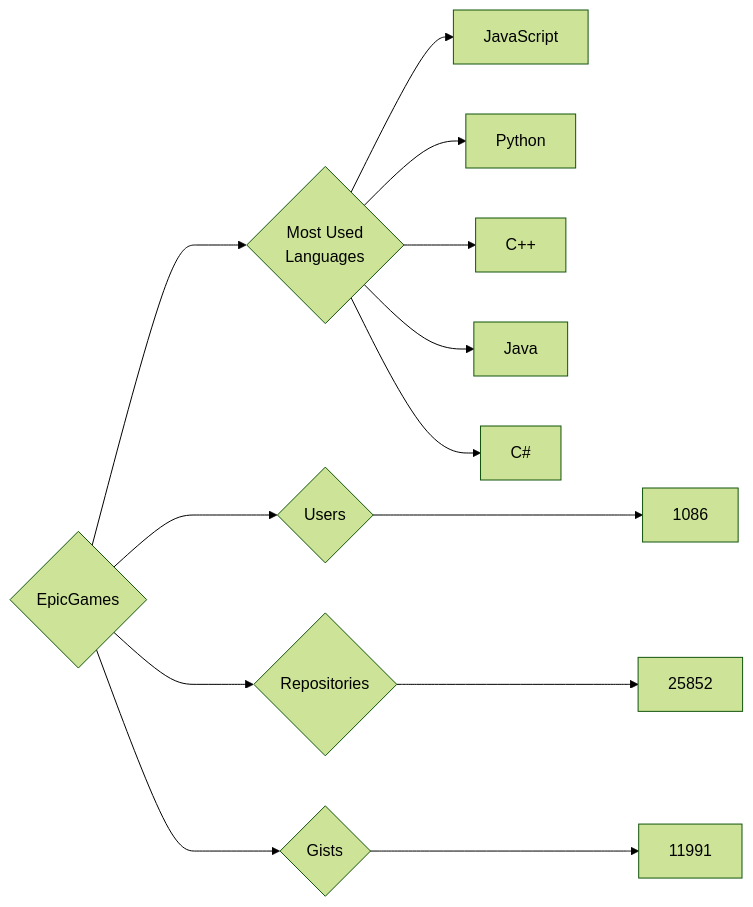
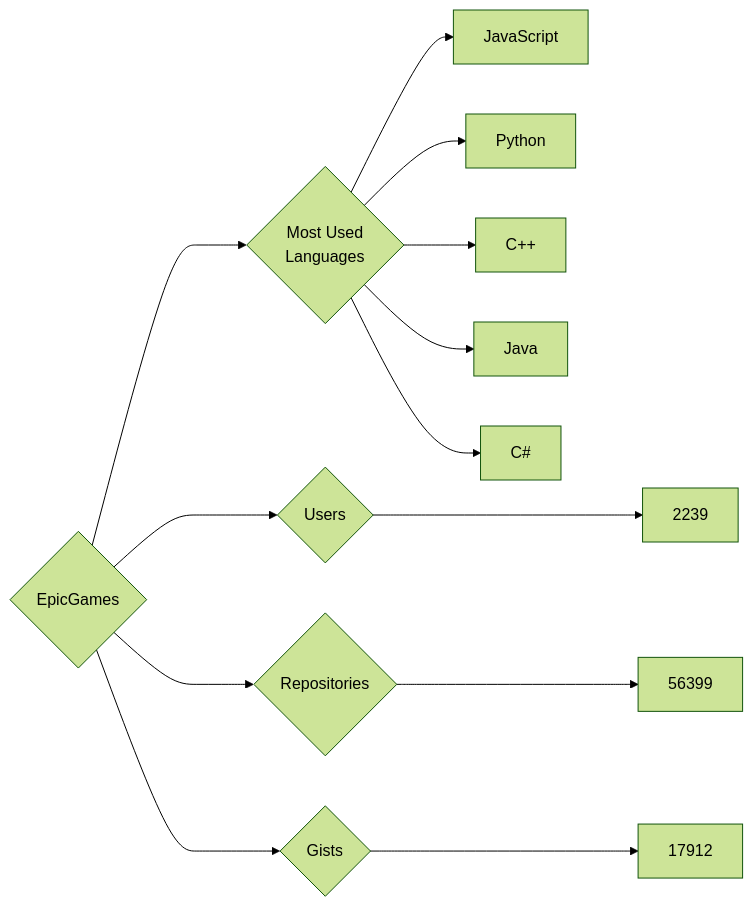
One commit to trickest/insiders changed the diagram in targets/EpicGames/README.md. Above: the diagram before and after it, drawn with Mermaid (forest theme). The commit also changed 614 other files, not shown here.

````diff
--- a/targets/EpicGames/README.md
+++ b/targets/EpicGames/README.md
@@ -3,13 +3,13 @@
 ```mermaid
 graph LR
 COMPANY_NAME{EpicGames}
-COMPANY_NAME ---> U{Users} ---> UN[1086]
-COMPANY_NAME ---> R{Repositories} ---> RN[25852]
-COMPANY_NAME ---> G{Gists} ---> GN[11991]
+COMPANY_NAME ---> U{Users} ---> UN[2239]
+COMPANY_NAME ---> R{Repositories} ---> RN[56399]
+COMPANY_NAME ---> G{Gists} ---> GN[17912]
 COMPANY_NAME ---> ML{Most Used<br>Languages}
 ML --> JavaScript[JavaScript]
 ML --> Python[Python]
 ML --> C++[C++]
 ML --> Java[Java]
 ML --> C#[C#]
 ```
````
